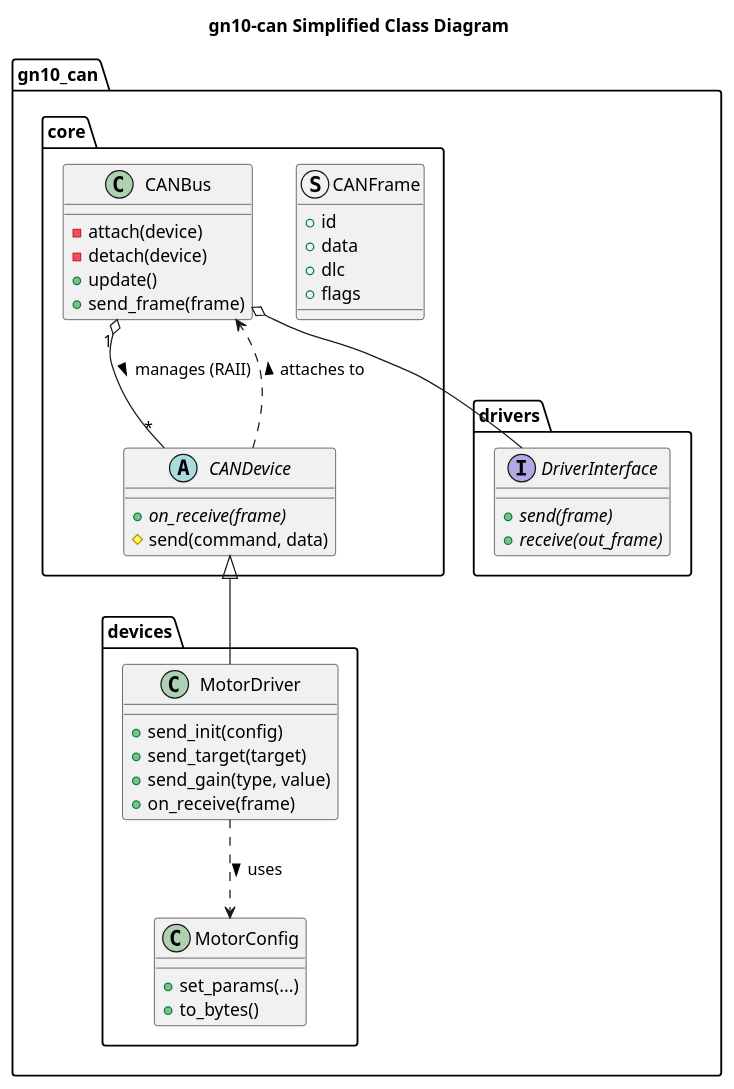
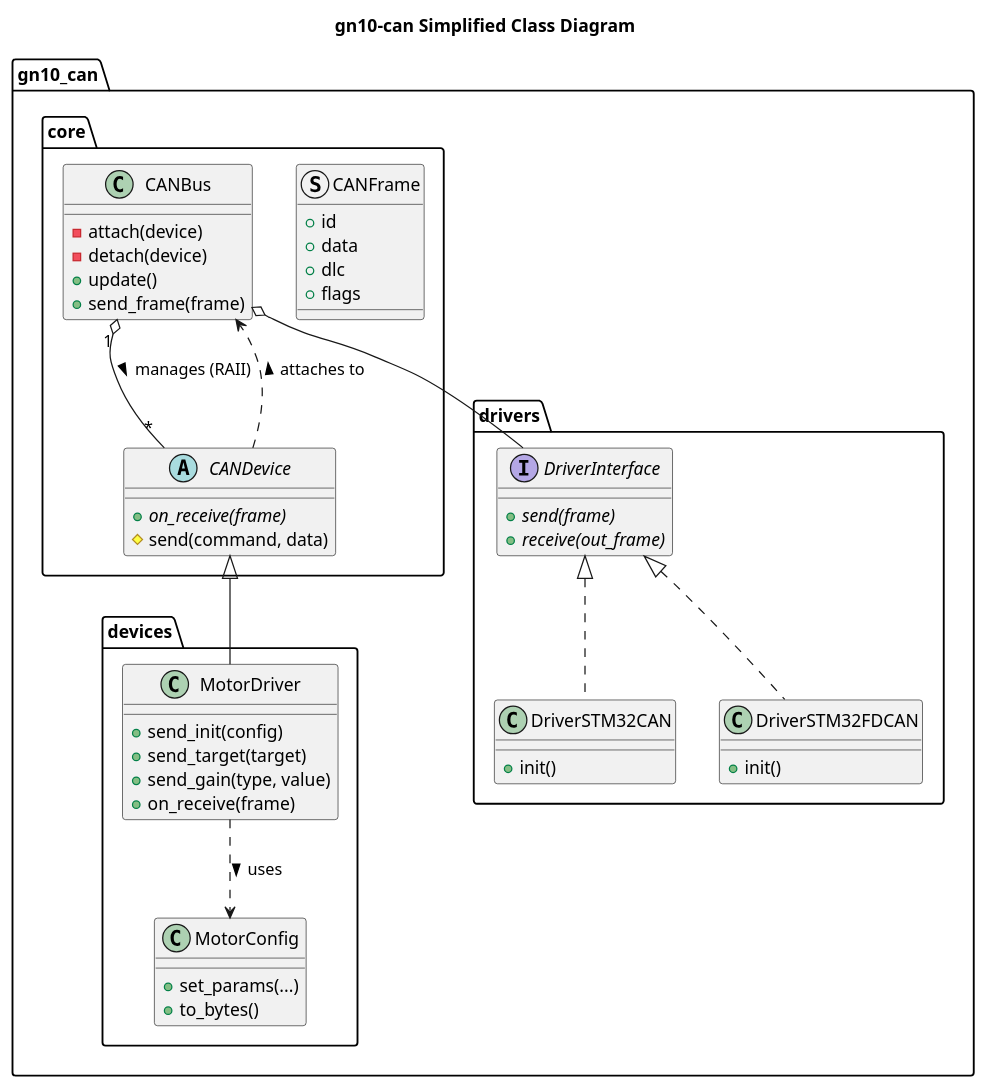
Before and after one commit to ararobo/GN10CANModels: the diagram in uml/class_simplified.pu, drawn with PlantUML. The commit also changed 1 other file, not shown here.

Commit message:
add: DriverSTM32CAN and DriverSTM32FDCAN classes to uml

```diff
--- a/uml/class_simplified.pu
+++ b/uml/class_simplified.pu
@@ -1,55 +1,66 @@
 @startuml class_diagram_simplified
 title gn10-can Simplified Class Diagram
 
 namespace gn10_can {
 
     namespace core {
         struct CANFrame {
             + id
             + data
             + dlc
             + flags
         }
 
         class CANBus {
             - attach(device)
             - detach(device)
             + update()
             + send_frame(frame)
         }
 
         abstract class CANDevice {
             + {abstract} on_receive(frame)
             # send(command, data)
         }
     }
 
     namespace drivers {
         interface DriverInterface {
             + {abstract} send(frame)
             + {abstract} receive(out_frame)
         }
+
+        class DriverSTM32CAN {
+            + init()
+        }
+
+        class DriverSTM32FDCAN {
+            + init()
+        }
     }
 
     namespace devices {
         class MotorDriver {
             + send_init(config)
             + send_target(target)
             + send_gain(type, value)
             + on_receive(frame)
         }
 
         class MotorConfig {
             + set_params(...)
             + to_bytes()
         }
     }
 
     core.CANBus o-- drivers.DriverInterface
     core.CANBus "1" o-- "*" core.CANDevice : manages (RAII) >
     core.CANDevice <|-- devices.MotorDriver
     core.CANDevice ..> core.CANBus : attaches to >
     devices.MotorDriver ..> devices.MotorConfig : uses >
+
+    drivers.DriverInterface <|.. drivers.DriverSTM32CAN
+    drivers.DriverInterface <|.. drivers.DriverSTM32FDCAN
 }
 
 @enduml
```
